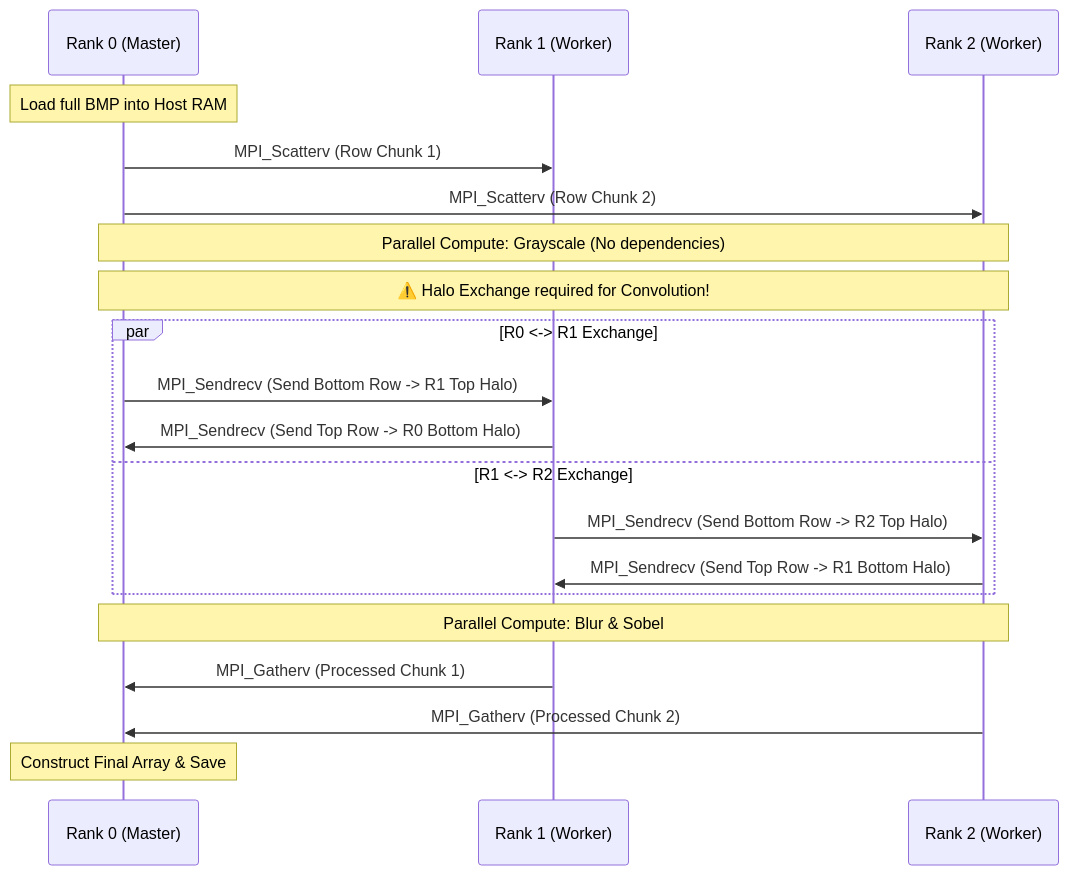
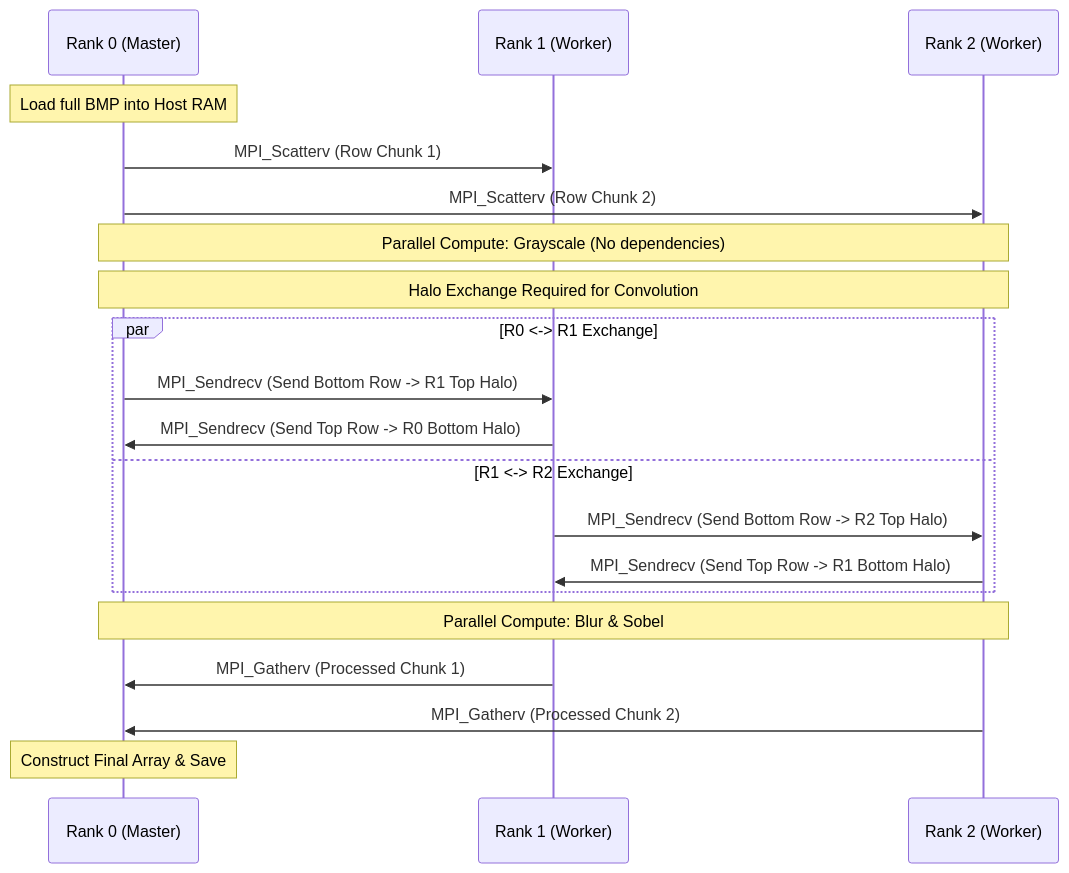
The second of 3 diagrams in docs/architecture.md (bakshishantanu/hybrid-image-processing-c), drawn with Mermaid before and after one commit. The commit also changed other lines of this file, not shown here.

First line of the commit message:
Improve architecture documentation diagrams

````diff
--- a/docs/architecture.md
+++ b/docs/architecture.md
@@ -29,28 +43,28 @@
 ```mermaid
 sequenceDiagram
     participant R0 as Rank 0 (Master)
     participant R1 as Rank 1 (Worker)
     participant R2 as Rank 2 (Worker)
-    
+
     Note over R0: Load full BMP into Host RAM
     R0->>R1: MPI_Scatterv (Row Chunk 1)
     R0->>R2: MPI_Scatterv (Row Chunk 2)
-    
+
     Note over R0,R2: Parallel Compute: Grayscale (No dependencies)
-    
-    Note over R0,R2: ⚠️ Halo Exchange required for Convolution!
-    
+
+    Note over R0,R2: Halo Exchange Required for Convolution
+
     par R0 <-> R1 Exchange
         R0->>R1: MPI_Sendrecv (Send Bottom Row -> R1 Top Halo)
         R1->>R0: MPI_Sendrecv (Send Top Row -> R0 Bottom Halo)
     and R1 <-> R2 Exchange
         R1->>R2: MPI_Sendrecv (Send Bottom Row -> R2 Top Halo)
         R2->>R1: MPI_Sendrecv (Send Top Row -> R1 Bottom Halo)
     end
-    
+
     Note over R0,R2: Parallel Compute: Blur & Sobel
-    
+
     R1->>R0: MPI_Gatherv (Processed Chunk 1)
     R2->>R0: MPI_Gatherv (Processed Chunk 2)
     Note over R0: Construct Final Array & Save
 ```
````
